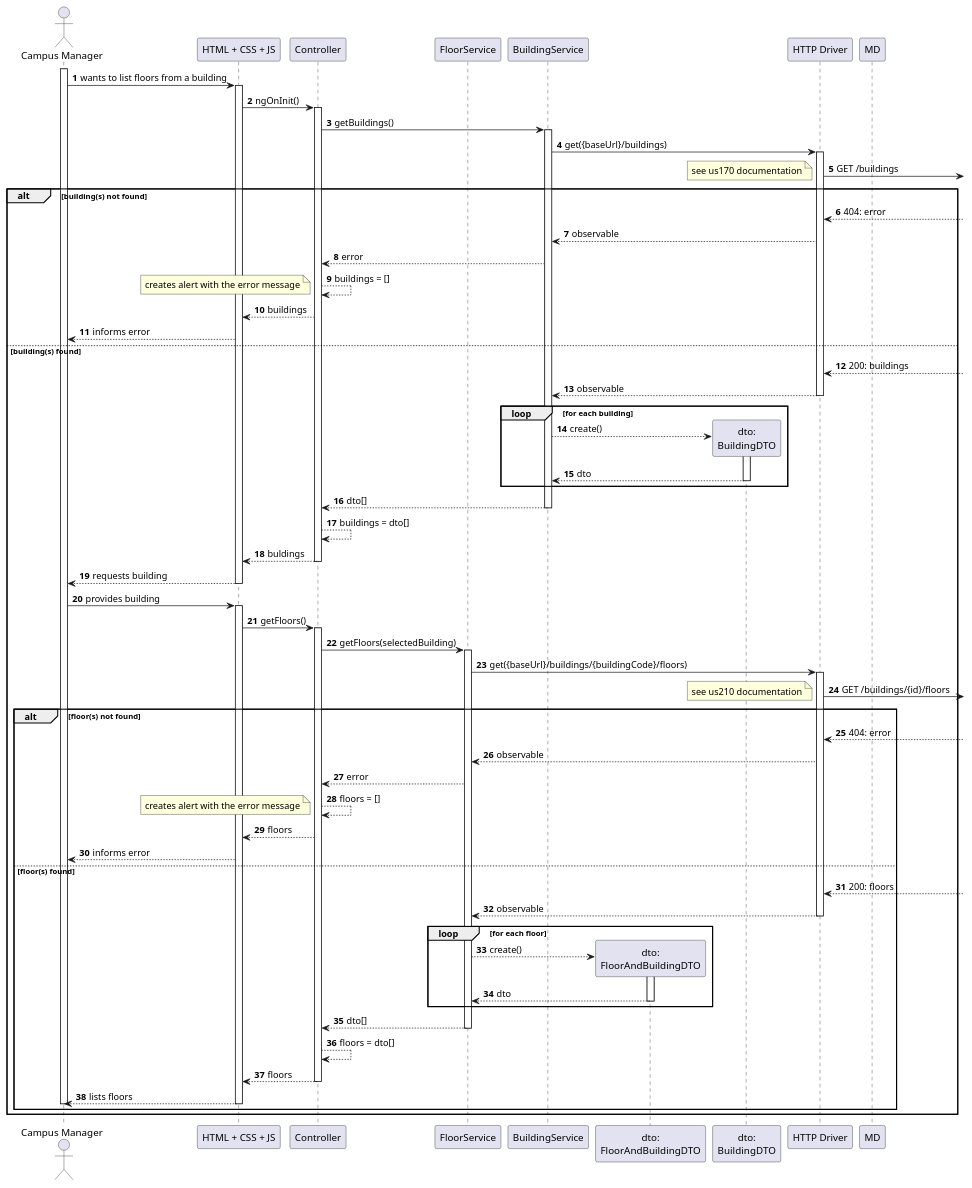
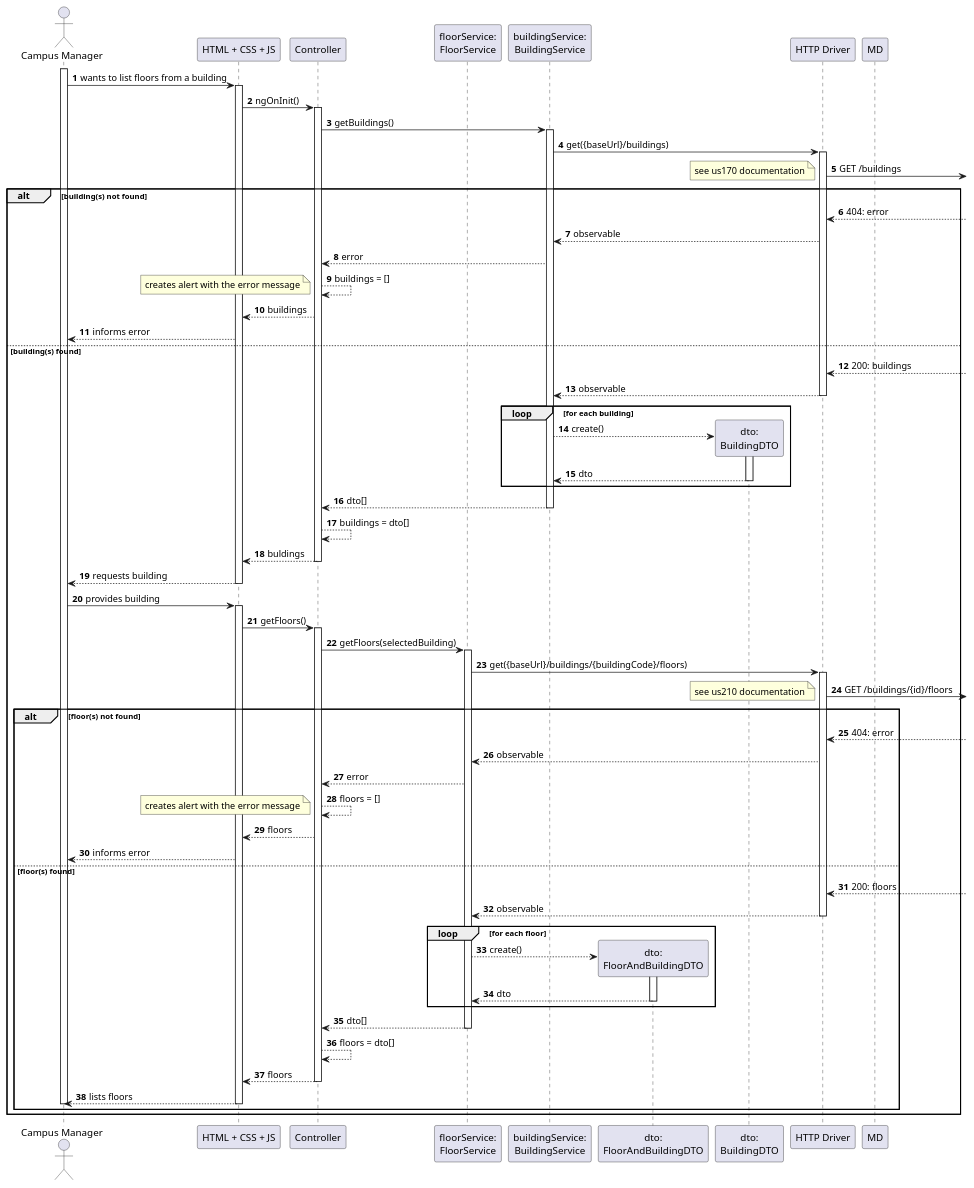
One commit to Departamento-de-Engenharia-Informatica/lapr5-23-24-g19 changed the diagram in docs/us1100/level3/process-view.puml. Above: the diagram before and after it, drawn with PlantUML. The commit also changed 3 other files, not shown here.

```diff
--- a/docs/us1100/level3/process-view.puml
+++ b/docs/us1100/level3/process-view.puml
@@ -1,104 +1,104 @@
 @startuml
 autonumber
 
 actor "Campus Manager" as usr
 
 participant "HTML + CSS + JS" as view
 participant "Controller" as ctrl
-participant "FloorService" as svc
-participant "BuildingService" as b_svc
+participant "floorService:\nFloorService" as svc
+participant "buildingService:\nBuildingService" as b_svc
 participant "dto:\nFloorAndBuildingDTO" as dto
 participant "dto:\nBuildingDTO" as b_dto
 
 participant "HTTP Driver" as http
 
 participant "MD" as md
 
 activate usr
     usr -> view : wants to list floors from a building
     activate view
         view -> ctrl : ngOnInit()
         activate ctrl
             ctrl -> b_svc : getBuildings()
             activate b_svc
                 b_svc -> http : get({baseUrl}/buildings)
                 activate http
                     http ->] : GET /buildings
                     note right : see us170 documentation
     alt building(s) not found
                     http <--] : 404: error
                     http --> b_svc : observable
                     b_svc --> ctrl : error
                     ctrl --> ctrl : buildings = []
                     note bottom : creates alert with the error message
                     ctrl --> view : buildings
                     view --> usr : informs error
 
     else building(s) found
                     http <--] : 200: buildings
                     http --> b_svc : observable
                 deactivate http
 
                 loop for each building
                     b_svc --> b_dto** : create()
                     activate b_dto
                         b_dto --> b_svc : dto
                     deactivate b_dto
                 end
 
                 b_svc --> ctrl : dto[]
             deactivate b_svc
             ctrl --> ctrl : buildings = dto[]
             ctrl --> view : buldings
         deactivate ctrl
 
 
 
 
 
         view --> usr : requests building
     deactivate view
 
     usr -> view : provides building
     activate view
         view -> ctrl : getFloors()
         activate ctrl
             ctrl -> svc : getFloors(selectedBuilding)
             activate svc
                 svc -> http : get({baseUrl}/buildings/{buildingCode}/floors)
                 activate http
                     http ->] : GET /buildings/{id}/floors
                     note right : see us210 documentation
     alt floor(s) not found
                     http <--] : 404: error
                     http --> svc : observable
                     svc --> ctrl : error
                     ctrl --> ctrl : floors = []
                     note bottom : creates alert with the error message
                     ctrl --> view : floors
                     view --> usr : informs error
     else floor(s) found
                     http <--] : 200: floors
                     http --> svc : observable
                 deactivate http
 
                 loop for each floor
                     svc --> dto** : create()
                     activate dto
                         dto --> svc : dto
                     deactivate dto
                 end
 
                 svc --> ctrl : dto[]
             deactivate svc
             ctrl --> ctrl : floors = dto[]
             ctrl --> view : floors
         deactivate ctrl
         view --> usr : lists floors
     deactivate view
 deactivate usr
 
 end
 end
 
 @enduml
```
